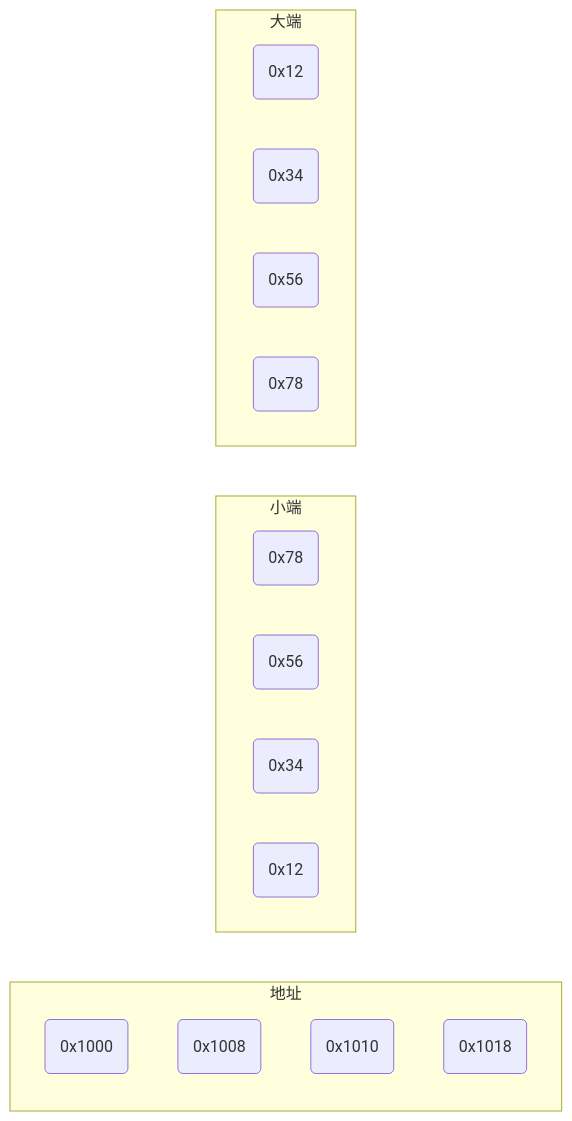
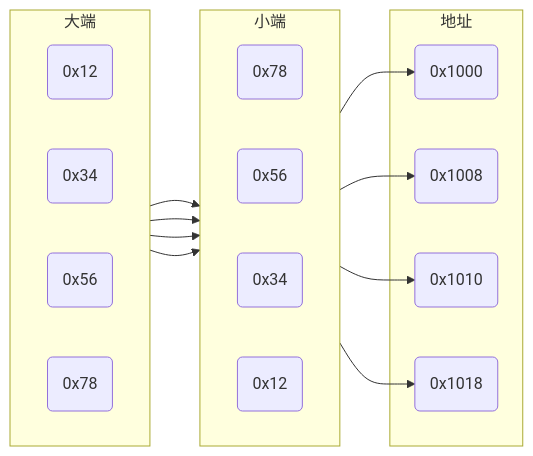
One commit to dmjcb/dmjcb.github.io changed the diagram in _posts/OS/2021-12-15-编码.md. Above: the diagram before and after it, drawn with Mermaid. The commit also changed other lines of this file and 122 other files, not shown here.

Commit message:
修复图形显示BUG

````diff
--- a/_posts/OS/2021-12-15-编码.md
+++ b/_posts/OS/2021-12-15-编码.md
@@ -15,26 +15,30 @@
 ```mermaid
 graph LR;
     subgraph A[地址]
         a1(0x1000)
         a2(0x1008)
         a3(0x1010)
         a4(0x1018)
     end
 
     subgraph S[小端]
         direction LR
         s1(0x78)
         s2(0x56)
         s3(0x34)
         s4(0x12)
     end
 
     subgraph B[大端]
         direction LR
         b1(0x12)
         b2(0x34)
         b3(0x56)
         b4(0x78)
     end
 
+    b1-->s1-->a1
+    b2-->s2-->a2
+    b3-->s3-->a3
+    b4-->s4-->a4
 ```
````
